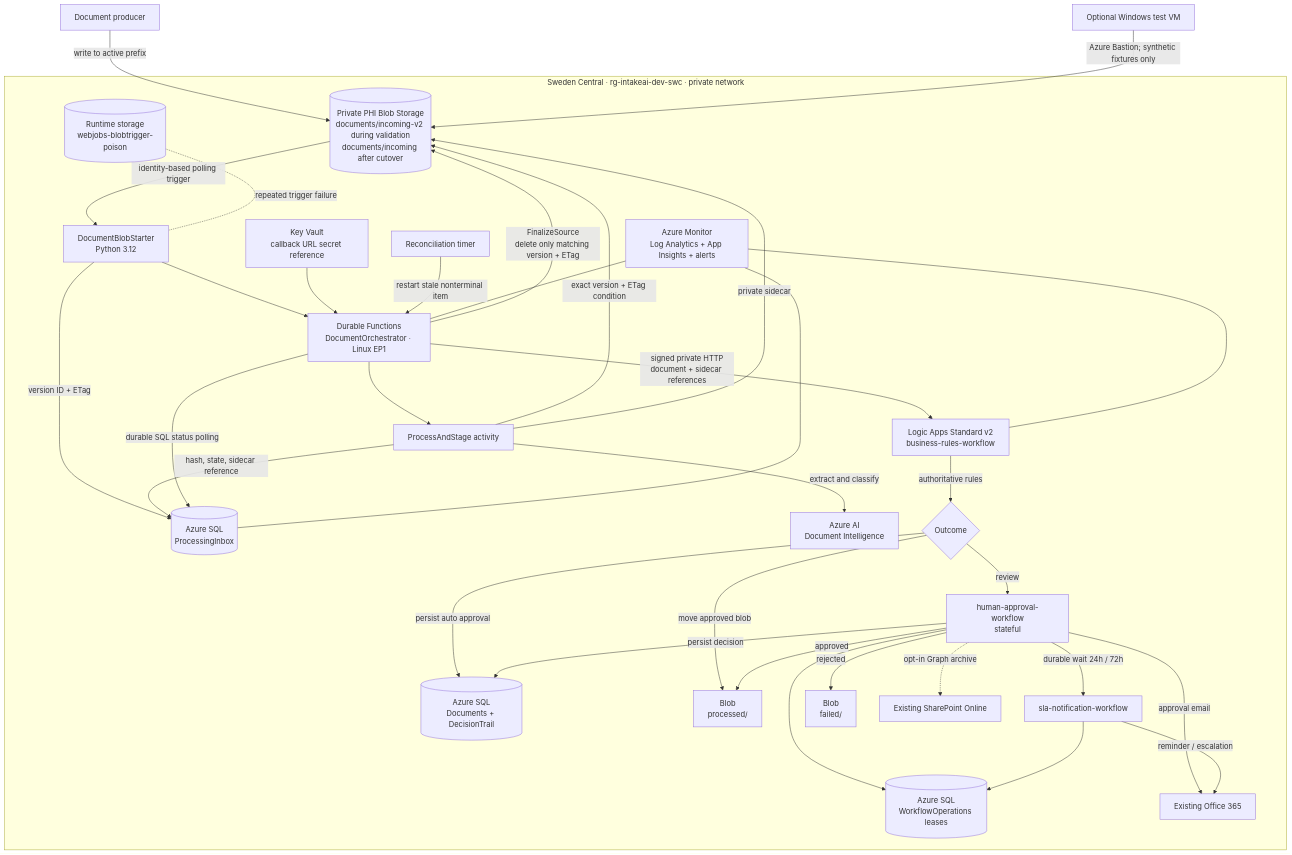
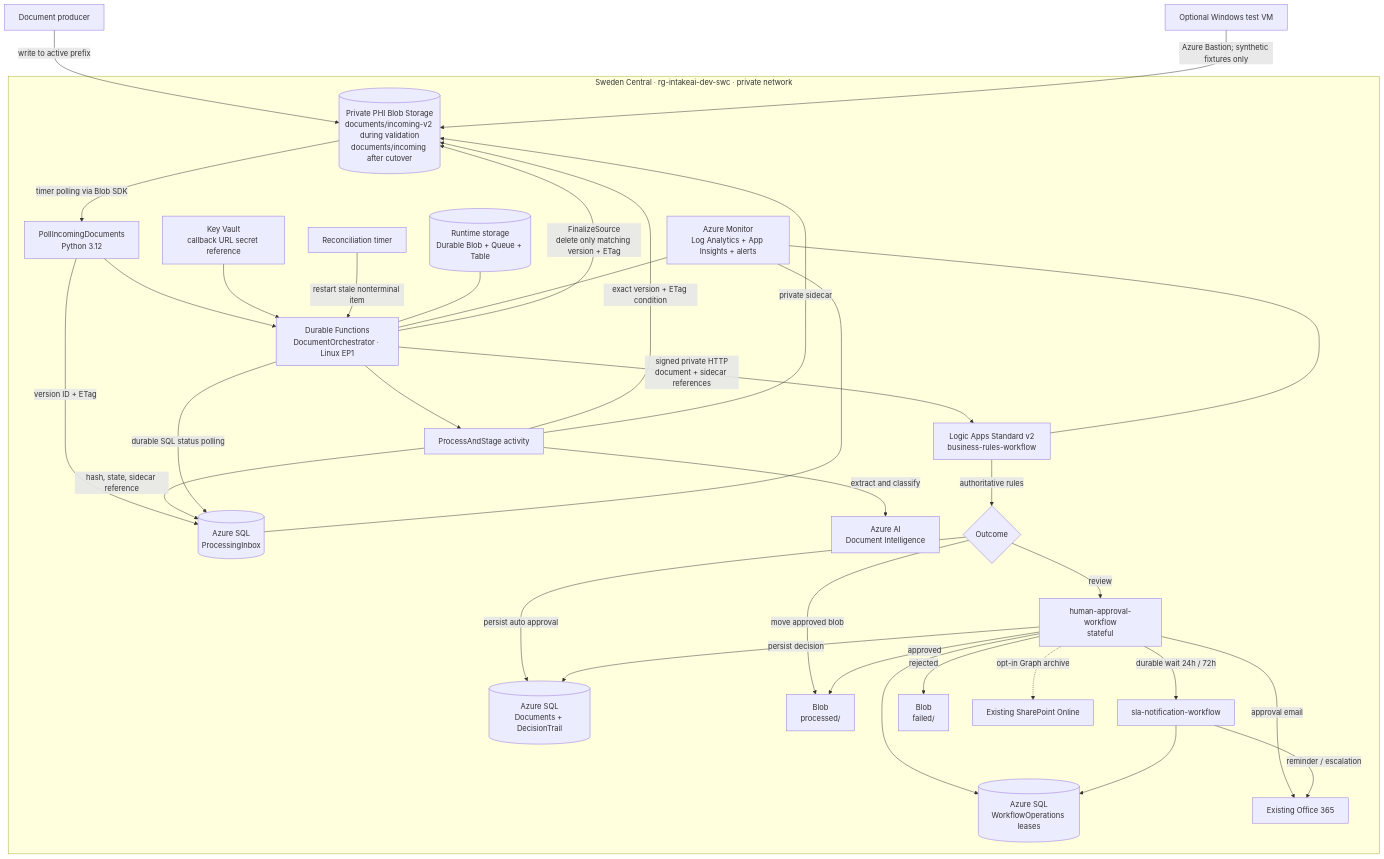
The diagram in docs/diagram/README.md (prashantnayak/DocumentIntakeAIWorkshop), drawn with Mermaid before and after one commit. The commit also changed 34 other files, not shown here.

First line of the commit message:
Migrate intake workflow to Python Durable Functions

````diff
--- a/docs/diagram/README.md
+++ b/docs/diagram/README.md
@@ -7,44 +7,44 @@
 ```mermaid
 flowchart TB
     Producer[Document producer] -->|write to active prefix| Phi[(Private PHI Blob Storage<br/>documents/incoming-v2 during validation<br/>documents/incoming after cutover)]
 
     subgraph PrivateAzure["Sweden Central · rg-intakeai-dev-swc · private network"]
-        Phi -->|identity-based polling trigger| Starter[DocumentBlobStarter<br/>Python 3.12]
+        Phi -->|timer polling via Blob SDK| Starter[PollIncomingDocuments<br/>Python 3.12]
         Starter -->|version ID + ETag| Inbox[(Azure SQL<br/>ProcessingInbox)]
         Starter --> Durable[Durable Functions<br/>DocumentOrchestrator · Linux EP1]
 
         Durable --> Process[ProcessAndStage activity]
         Process -->|exact version + ETag condition| Phi
         Process -->|extract and classify| DI[Azure AI<br/>Document Intelligence]
         Process -->|hash, state, sidecar reference| Inbox
         Process -->|private sidecar| Phi
 
         Durable -->|signed private HTTP<br/>document + sidecar references| Rules[Logic Apps Standard v2<br/>business-rules-workflow]
         KV[Key Vault<br/>callback URL secret reference] --> Durable
         Rules -->|authoritative rules| Auto{Outcome}
 
         Auto -->|persist auto approval| Records[(Azure SQL<br/>Documents + DecisionTrail)]
         Auto -->|move approved blob| Processed[Blob<br/>processed/]
         Auto -->|review| Approval[human-approval-workflow<br/>stateful]
         Approval --> Ops[(Azure SQL<br/>WorkflowOperations leases)]
         Approval -->|approval email| O365[Existing Office 365]
         Approval -->|durable wait 24h / 72h| SLA[sla-notification-workflow]
         SLA -->|reminder / escalation| O365
         SLA --> Ops
         Approval -->|persist decision| Records
         Approval -->|approved| Processed
         Approval -->|rejected| Failed[Blob<br/>failed/]
         Approval -. opt-in Graph archive .-> SP[Existing SharePoint Online]
 
         Durable -->|durable SQL status polling| Inbox
         Durable -->|FinalizeSource<br/>delete only matching version + ETag| Phi
         Reconcile[Reconciliation timer] -->|restart stale nonterminal item| Durable
-        Poison[(Runtime storage<br/>webjobs-blobtrigger-poison)] -. repeated trigger failure .- Starter
+        Runtime[(Runtime storage<br/>Durable Blob + Queue + Table)] --- Durable
 
         Monitor[Azure Monitor<br/>Log Analytics + App Insights + alerts] --- Durable
         Monitor --- Rules
         Monitor --- Inbox
     end
 
     VM[Optional Windows test VM] -->|Azure Bastion; synthetic fixtures only| Phi
 ```
````
